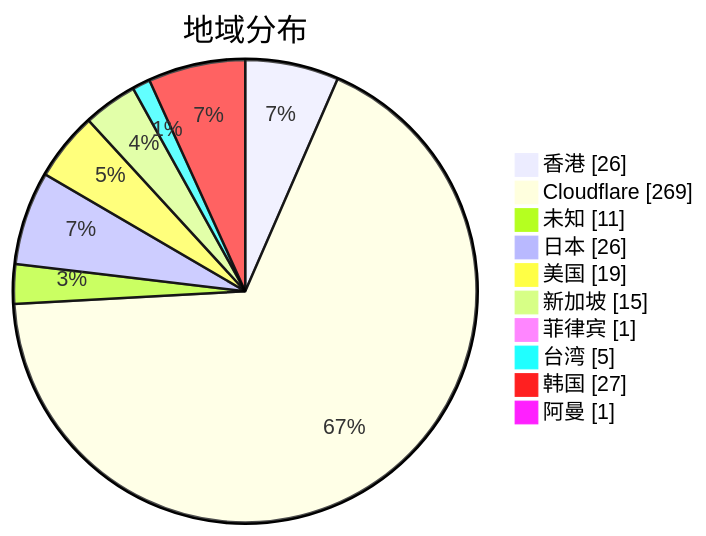
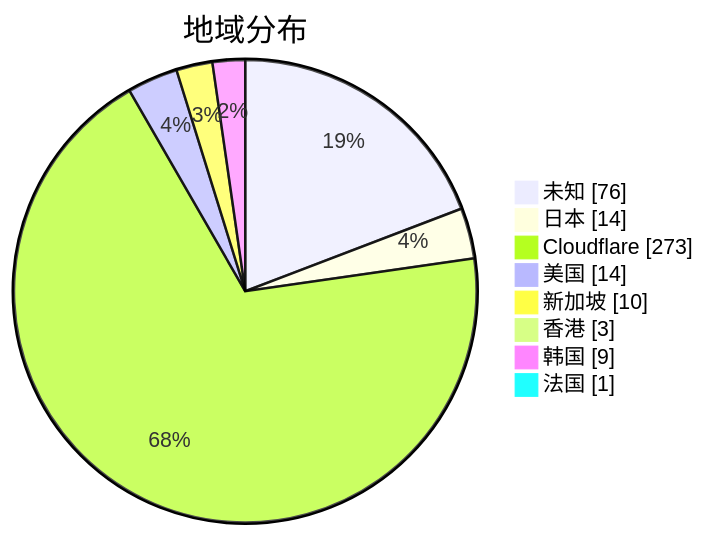
Before and after one commit to qjlxg/airport: the second of 3 diagrams in subs/statistics/tested_within.md, drawn with Mermaid. The commit also changed other lines of this file and 2 other files, not shown here.

````diff
--- a/subs/statistics/tested_within.md
+++ b/subs/statistics/tested_within.md
@@ -13,14 +13,12 @@
 ```mermaid
 pie showData
 title 地域分布
-"香港" : 26
-"Cloudflare" : 269
-"未知" : 11
-"日本" : 26
-"美国" : 19
-"新加坡" : 15
-"菲律宾" : 1
-"台湾" : 5
-"韩国" : 27
-"阿曼" : 1
+"未知" : 76
+"日本" : 14
+"Cloudflare" : 273
+"美国" : 14
+"新加坡" : 10
+"香港" : 3
+"韩国" : 9
+"法国" : 1
 ```
````
